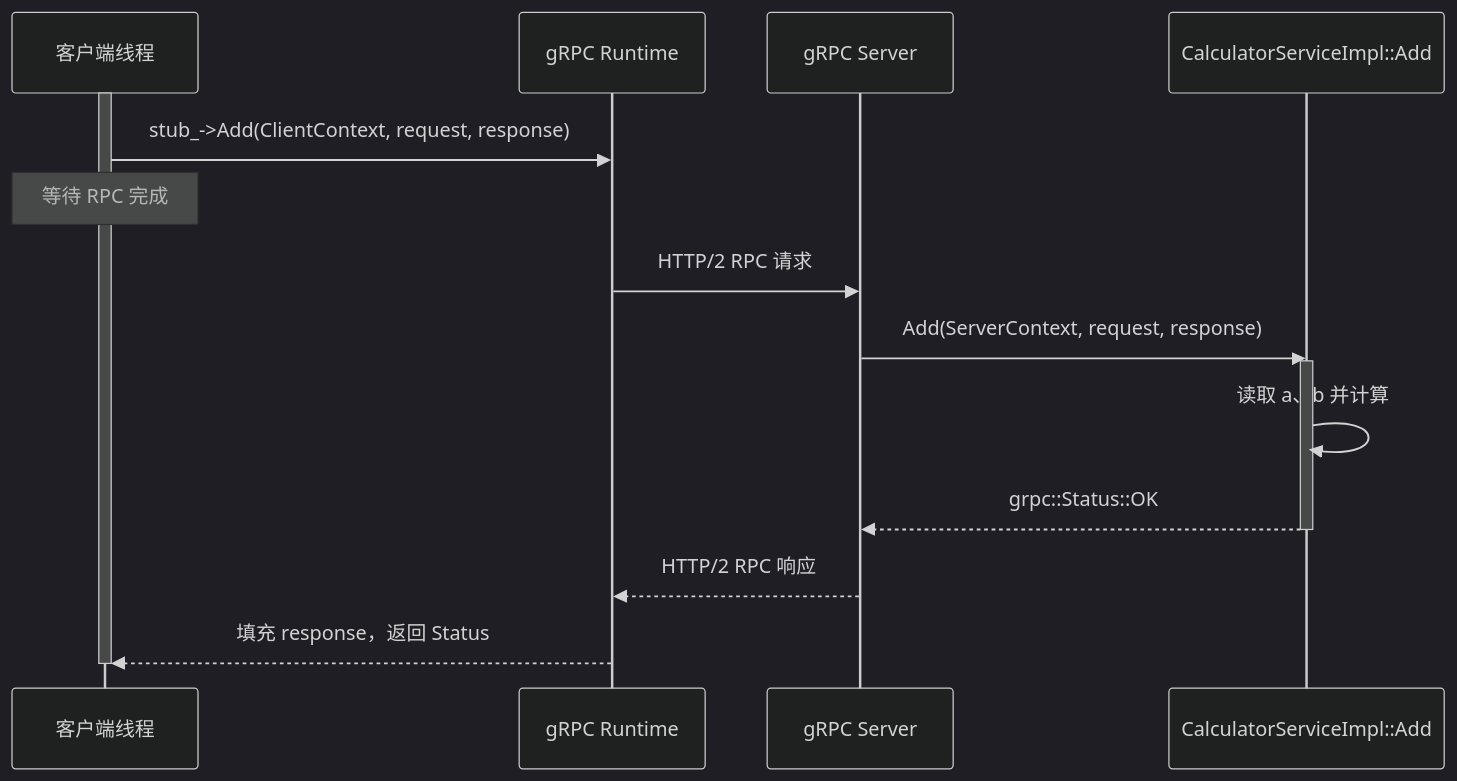
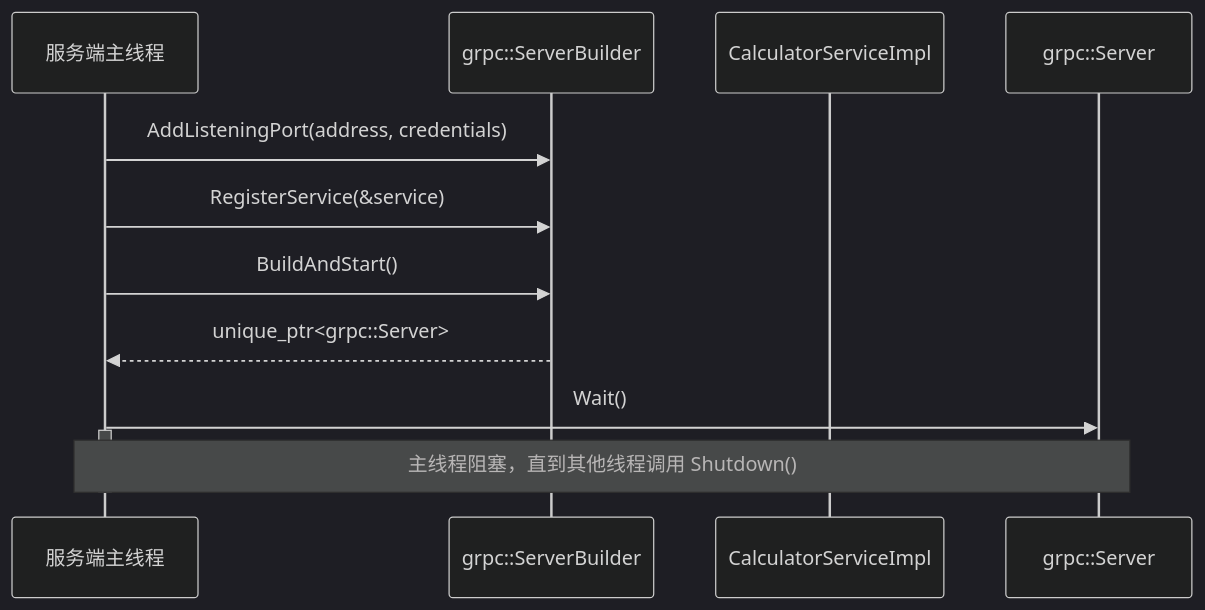
The second of 5 diagrams in 3.Linux/7. 网络编程基础/7.4.2 gRPC.md (495229520/obsidian_notes), drawn with Mermaid (dark theme) before and after one commit. The commit also changed other lines of this file and 28 other files, not shown here.

````diff
--- a/3.Linux/7. 网络编程基础/7.4.2 gRPC.md
+++ b/3.Linux/7. 网络编程基础/7.4.2 gRPC.md
@@ -337,20 +479,16 @@
 ```mermaid
 sequenceDiagram
-    participant Client as 客户端线程
-    participant Runtime as gRPC Runtime
-    participant Server as gRPC Server
-    participant Service as CalculatorServiceImpl::Add
+    participant Main as 服务端主线程
+    participant Builder as grpc::ServerBuilder
+    participant Service as CalculatorServiceImpl
+    participant Server as grpc::Server
 
-    activate Client
-    Client->>Runtime: stub_->Add(ClientContext, request, response)
-    Note over Client: 等待 RPC 完成
-    Runtime->>Server: HTTP/2 RPC 请求
-    Server->>Service: Add(ServerContext, request, response)
-    activate Service
-    Service->>Service: 读取 a、b 并计算
-    Service-->>Server: grpc::Status::OK
-    deactivate Service
-    Server-->>Runtime: HTTP/2 RPC 响应
-    Runtime-->>Client: 填充 response，返回 Status
-    deactivate Client
+    Main->>Builder: AddListeningPort(address, credentials)
+    Main->>Builder: RegisterService(&service)
+    Main->>Builder: BuildAndStart()
+    Builder-->>Main: unique_ptr<grpc::Server>
+    Main->>Server: Wait()
+    activate Main
+    Note over Main,Server: 主线程阻塞，直到其他线程调用 Shutdown()
+    deactivate Main
 ```
````
